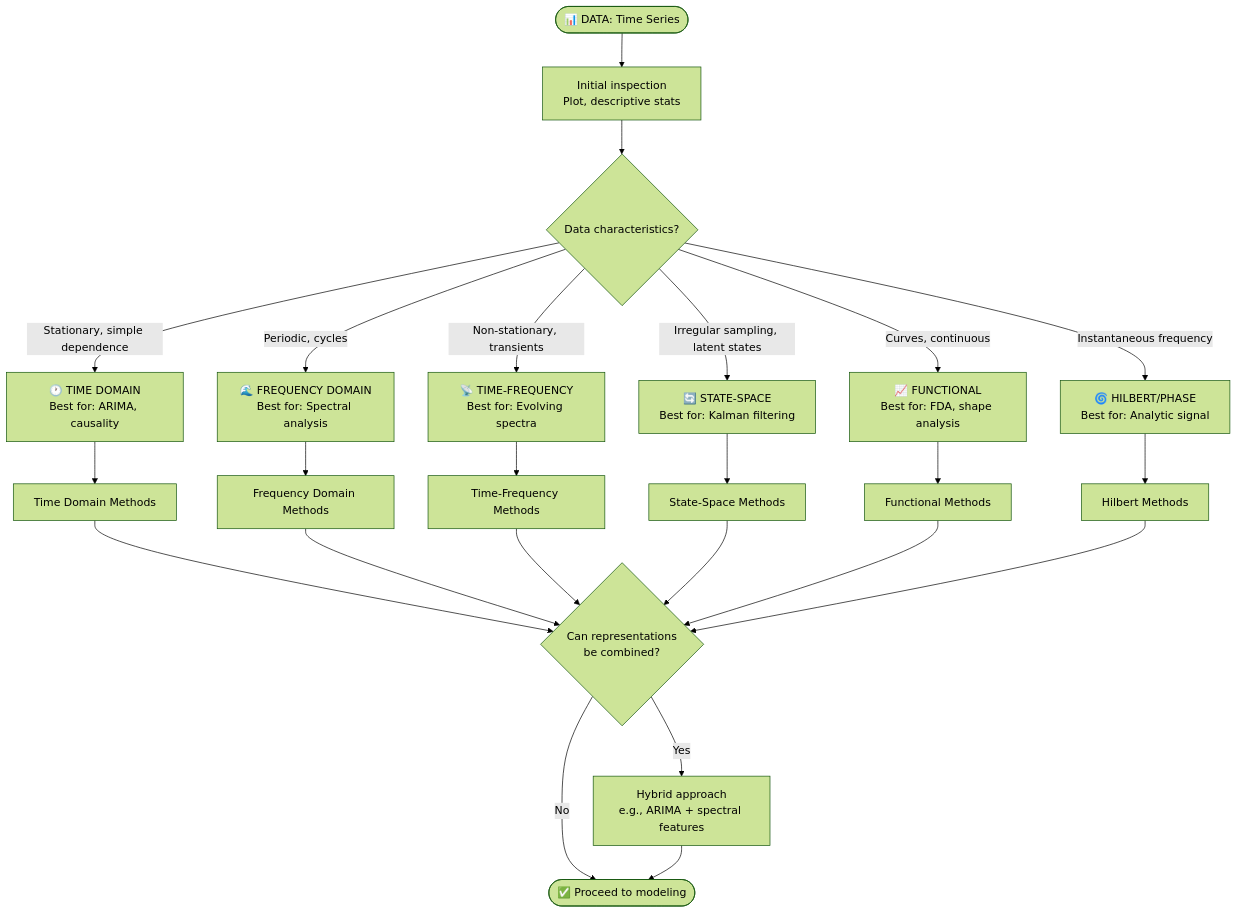
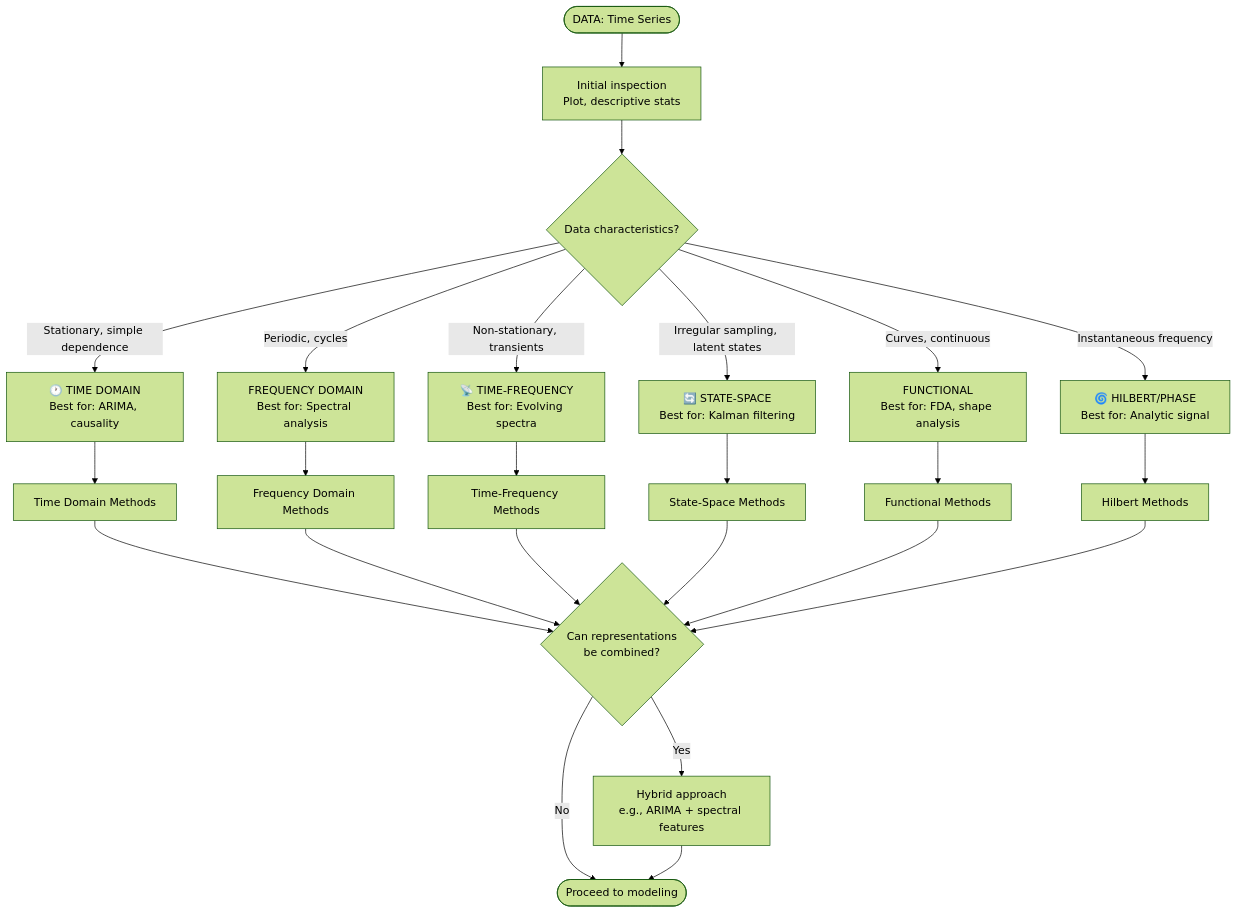
The first of 14 diagrams in docs/01-master-flowchart/03-representation-workflow.md (Shuxin-Y/time-series-analysis-manual), drawn with Mermaid (forest theme) before and after one commit. The commit also changed other lines of this file and 3 other files, not shown here.

First line of the commit message:
Enable Mermaid rendering and remove all emojis from flowcharts

````diff
--- a/docs/01-master-flowchart/03-representation-workflow.md
+++ b/docs/01-master-flowchart/03-representation-workflow.md
@@ -22,54 +22,54 @@
 ```mermaid
 graph TD
-    START([📊 DATA: Time Series]) --> INITIAL_INSPECT
+    START([DATA: Time Series]) --> INITIAL_INSPECT
 
     INITIAL_INSPECT[Initial inspection<br/>Plot, descriptive stats]
     INITIAL_INSPECT --> CHAR_CHECK
 
     CHAR_CHECK{Data characteristics?}
 
     %% Time Domain Path
     CHAR_CHECK -->|Stationary, simple dependence| TIME_DOM[🕐 TIME DOMAIN<br/>Best for: ARIMA, causality]
 
     %% Frequency Domain Path
-    CHAR_CHECK -->|Periodic, cycles| FREQ_DOM[🌊 FREQUENCY DOMAIN<br/>Best for: Spectral analysis]
+    CHAR_CHECK -->|Periodic, cycles| FREQ_DOM[FREQUENCY DOMAIN<br/>Best for: Spectral analysis]
 
     %% Time-Frequency Path
     CHAR_CHECK -->|Non-stationary, transients| TF_DOM[📡 TIME-FREQUENCY<br/>Best for: Evolving spectra]
 
     %% State-Space Path
     CHAR_CHECK -->|Irregular sampling, latent states| SS_DOM[🔄 STATE-SPACE<br/>Best for: Kalman filtering]
 
     %% Functional Path
-    CHAR_CHECK -->|Curves, continuous| FUNC_DOM[📈 FUNCTIONAL<br/>Best for: FDA, shape analysis]
+    CHAR_CHECK -->|Curves, continuous| FUNC_DOM[FUNCTIONAL<br/>Best for: FDA, shape analysis]
 
     %% Hilbert/Phase Path
     CHAR_CHECK -->|Instantaneous frequency| HILB_DOM[🌀 HILBERT/PHASE<br/>Best for: Analytic signal]
 
     TIME_DOM --> TIME_METHODS
     FREQ_DOM --> FREQ_METHODS
     TF_DOM --> TF_METHODS
     SS_DOM --> SS_METHODS
     FUNC_DOM --> FUNC_METHODS
     HILB_DOM --> HILB_METHODS
 
     TIME_METHODS[Time Domain Methods]
     FREQ_METHODS[Frequency Domain Methods]
     TF_METHODS[Time-Frequency Methods]
     SS_METHODS[State-Space Methods]
     FUNC_METHODS[Functional Methods]
     HILB_METHODS[Hilbert Methods]
 
     TIME_METHODS --> INTEGRATE{Can representations<br/>be combined?}
     FREQ_METHODS --> INTEGRATE
     TF_METHODS --> INTEGRATE
     SS_METHODS --> INTEGRATE
     FUNC_METHODS --> INTEGRATE
     HILB_METHODS --> INTEGRATE
 
     INTEGRATE -->|Yes| HYBRID[Hybrid approach<br/>e.g., ARIMA + spectral features]
     INTEGRATE -->|No| PROCEED
 
     HYBRID --> PROCEED
-    PROCEED([✅ Proceed to modeling])
+    PROCEED([Proceed to modeling])
 ```
````
